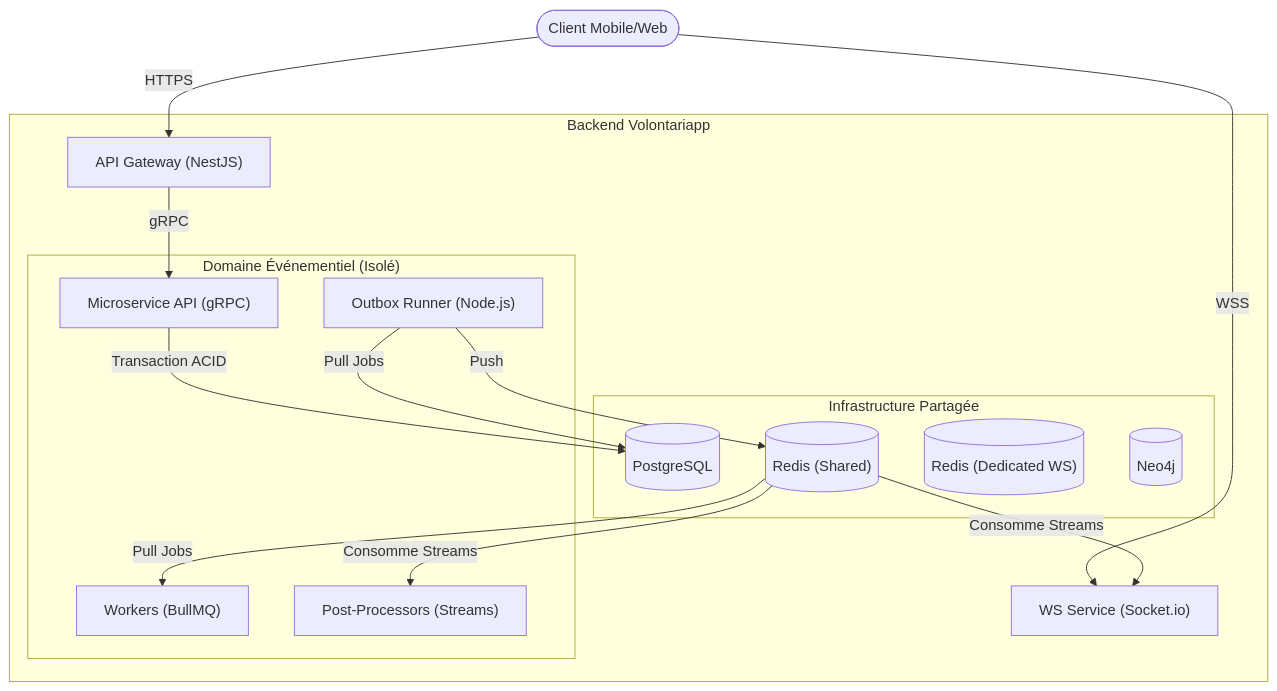
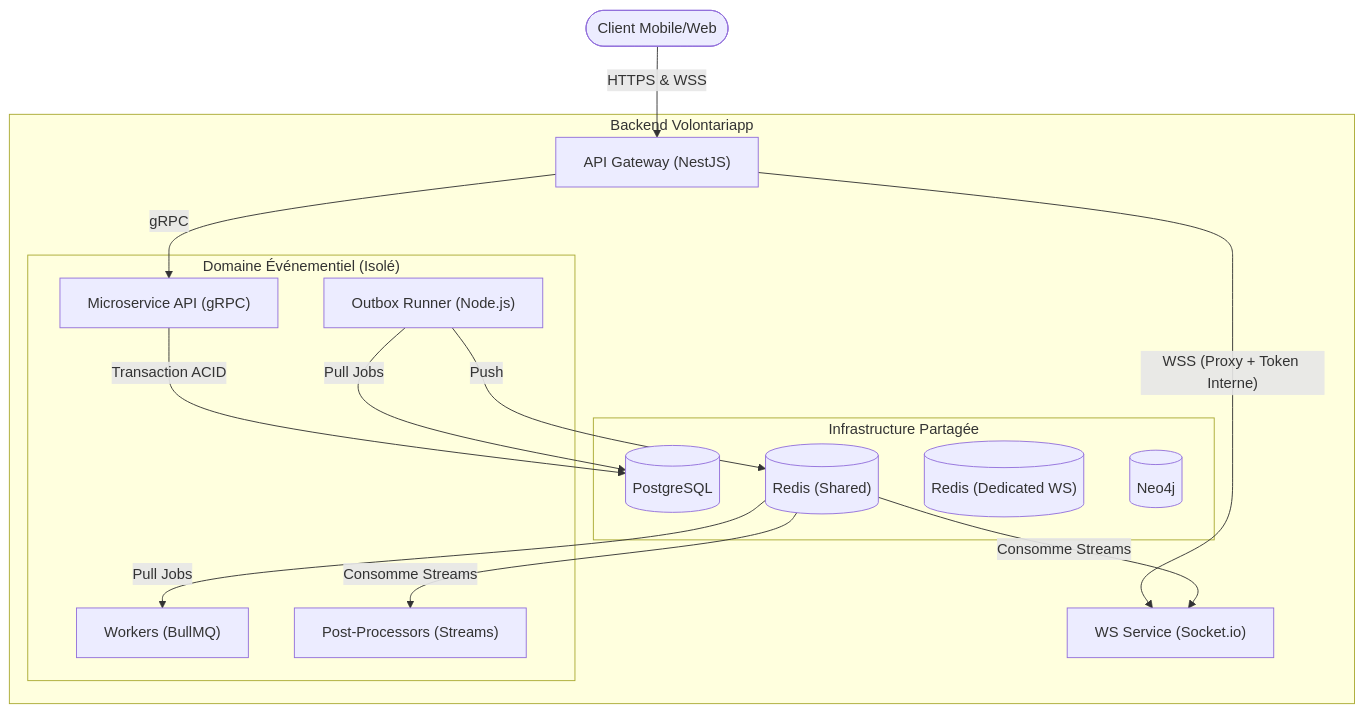
The diagram in docs/C2-Containers.md (Volontariapp/meta), drawn with Mermaid before and after one commit. The commit also changed other lines of this file, not shown here.

````diff
--- a/docs/C2-Containers.md
+++ b/docs/C2-Containers.md
@@ -26,37 +26,37 @@
 ```mermaid
 flowchart TD
     user(["Client Mobile/Web"])
 
     subgraph backend ["Backend Volontariapp"]
         
         api_gateway["API Gateway (NestJS)"]
         ws_service["WS Service (Socket.io)"]
 
         subgraph domain_event ["Domaine Événementiel (Isolé)"]
             ms_event["Microservice API (gRPC)"]
             outbox_event["Outbox Runner (Node.js)"]
             worker_event["Workers (BullMQ)"]
             pp_event["Post-Processors (Streams)"]
         end
         
         subgraph shared_infra ["Infrastructure Partagée"]
             db_pg[("PostgreSQL")]
             db_redis[("Redis (Shared)")]
             db_redis_ws[("Redis (Dedicated WS)")]
             db_neo4j[("Neo4j")]
         end
     end
 
-    user -- "HTTPS" --> api_gateway
-    user -- "WSS" --> ws_service
+    user -- "HTTPS & WSS" --> api_gateway
     
+    api_gateway -- "WSS (Proxy + Token Interne)" --> ws_service
     api_gateway -- "gRPC" --> ms_event
     
     ms_event -- "Transaction ACID" --> db_pg
     outbox_event -- "Pull Jobs" --> db_pg
     outbox_event -- "Push" --> db_redis
     
     db_redis -- "Pull Jobs" --> worker_event
     db_redis -- "Consomme Streams" --> pp_event
     db_redis -- "Consomme Streams" --> ws_service
 ```
````
